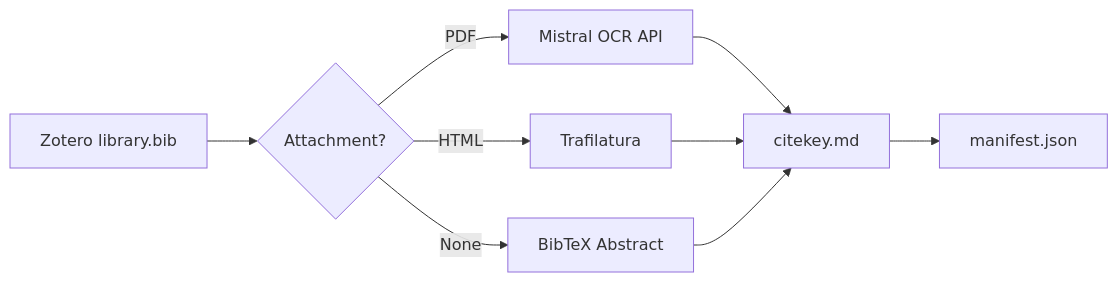
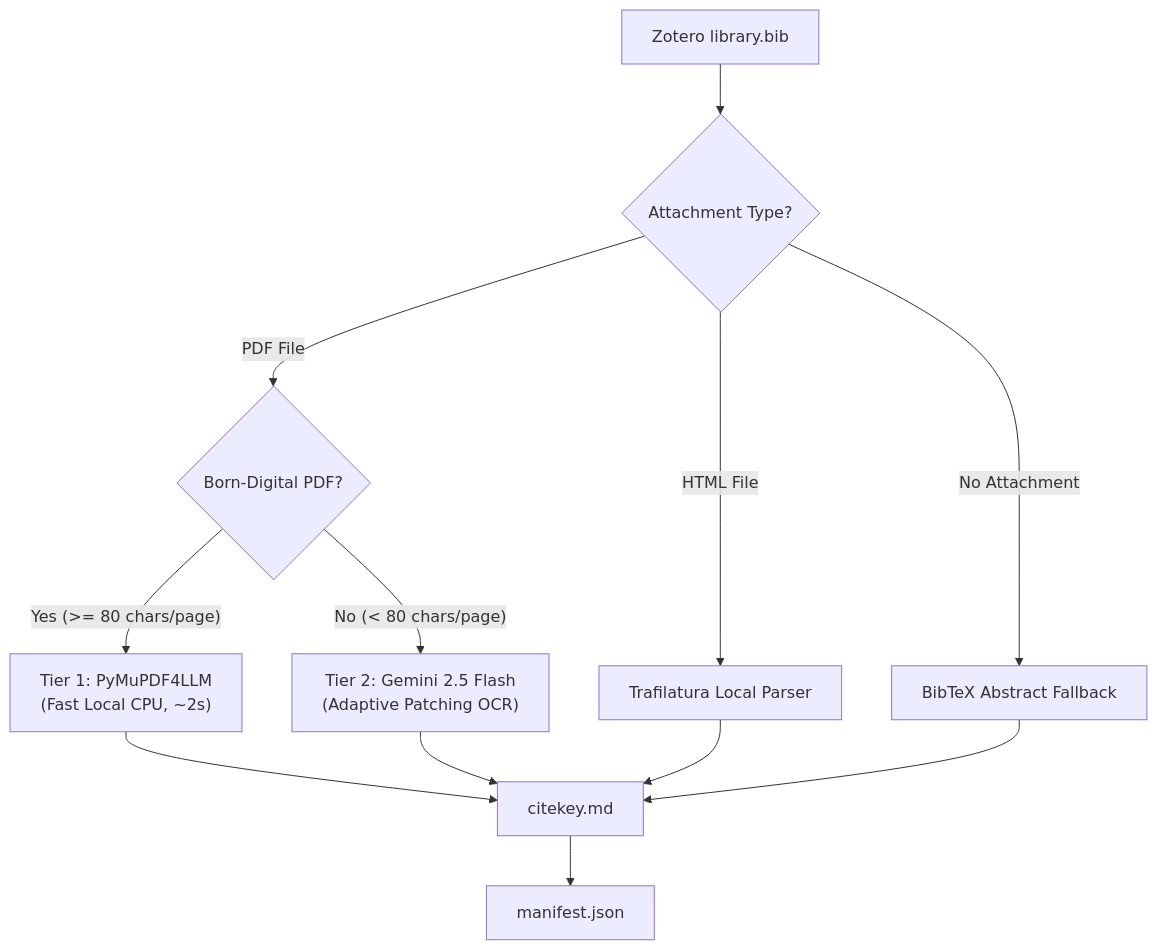
One commit to Jidi1997/mark-lit-down changed the diagram in README.md. Above: the diagram before and after it, drawn with Mermaid. The commit also changed other lines of this file and 6 other files, not shown here.

First line of the commit message:
Upgrade to two-tier extraction engine and add Batch API guide

````diff
--- a/README.md
+++ b/README.md
@@ -49,11 +51,14 @@
 ```mermaid
-graph LR
-    A["Zotero library.bib"] --> B{"Attachment?"}
-    B -- PDF --> C["Mistral OCR API"]
-    B -- HTML --> D["Trafilatura"]
-    B -- None --> E["BibTeX Abstract"]
-    C --> F["citekey.md"]
-    D --> F
-    E --> F
-    F --> G["manifest.json"]
+graph TD
+    A["Zotero library.bib"] --> B{"Attachment Type?"}
+    B -- "PDF File" --> C{"Born-Digital PDF?"}
+    C -- "Yes (>= 80 chars/page)" --> D["Tier 1: PyMuPDF4LLM<br>(Fast Local CPU, ~2s)"]
+    C -- "No (< 80 chars/page)" --> E["Tier 2: Gemini 2.5 Flash<br>(Adaptive Patching OCR)"]
+    B -- "HTML File" --> F["Trafilatura Local Parser"]
+    B -- "No Attachment" --> G["BibTeX Abstract Fallback"]
+    D --> H["citekey.md"]
+    E --> H
+    F --> H
+    G --> H
+    H --> I["manifest.json"]
 ```
````
